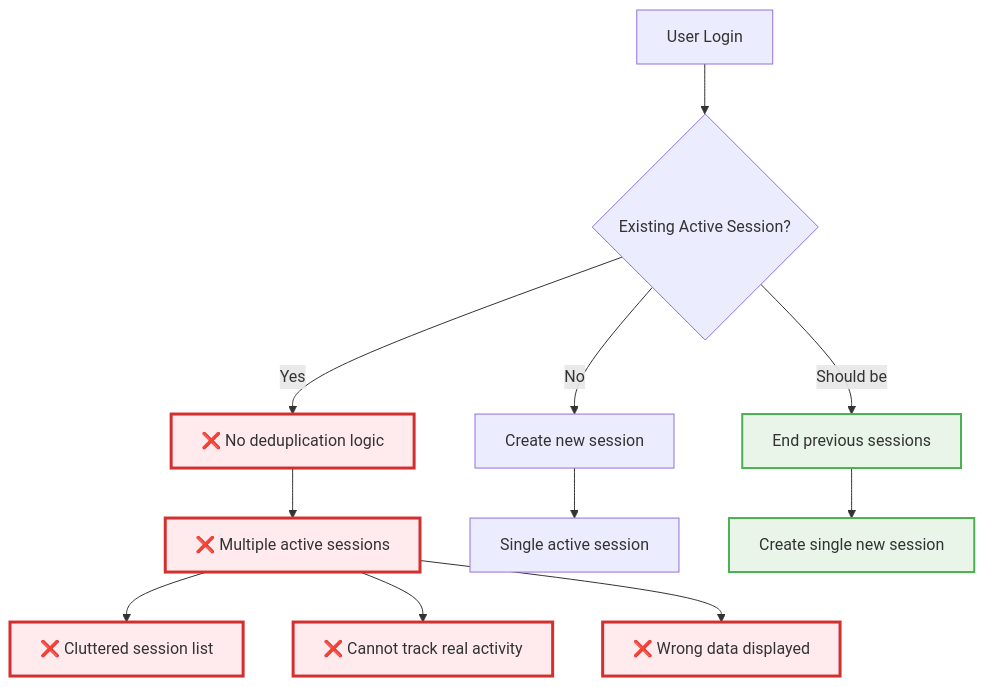
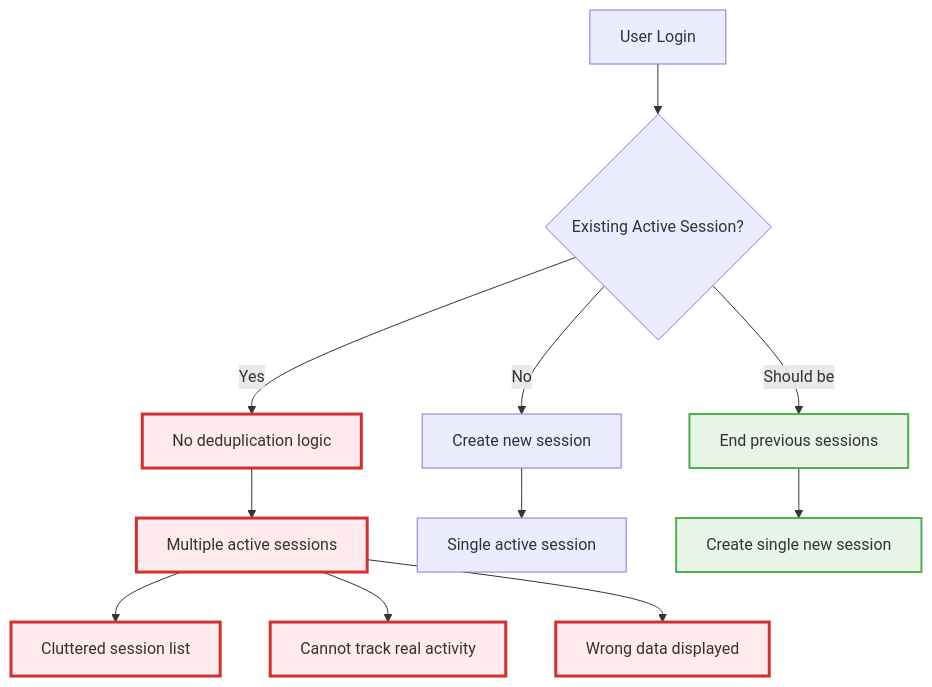
One commit to Splurfa/bx-os changed the seventh of 7 diagrams in Docs/Flowcharts/Current-State/04-current-session-management.md. Above: the diagram before and after it, drawn with Mermaid. The commit also changed other lines of this file and 12 other files, not shown here.

First line of the commit message:
Fix flowchart syntax and numbering

````diff
--- a/Docs/Flowcharts/Current-State/04-current-session-management.md
+++ b/Docs/Flowcharts/Current-State/04-current-session-management.md
@@ -147,24 +147,24 @@
 ```mermaid
 flowchart TD
     A[User Login] --> B{Existing Active Session?}
-    B -->|Yes| C[❌ No deduplication logic]
+    B -->|Yes| C[No deduplication logic]
     B -->|No| D[Create new session]
     
-    C --> E[❌ Multiple active sessions]
-    E --> F[❌ Cluttered session list]
-    E --> G[❌ Cannot track real activity]
-    E --> H[❌ Wrong data displayed]
+    C --> E[Multiple active sessions]
+    E --> F[Cluttered session list]
+    E --> G[Cannot track real activity]
+    E --> H[Wrong data displayed]
     
     D --> I[Single active session]
     
     B -->|Should be| J[End previous sessions]
     J --> K[Create single new session]
     
     style C fill:#ffebee,stroke:#d32f2f,stroke-width:3px
     style E fill:#ffebee,stroke:#d32f2f,stroke-width:3px
     style F fill:#ffebee,stroke:#d32f2f,stroke-width:3px
     style G fill:#ffebee,stroke:#d32f2f,stroke-width:3px
     style H fill:#ffebee,stroke:#d32f2f,stroke-width:3px
     style J fill:#e8f5e8,stroke:#4caf50,stroke-width:2px
     style K fill:#e8f5e8,stroke:#4caf50,stroke-width:2px
 ```
````
